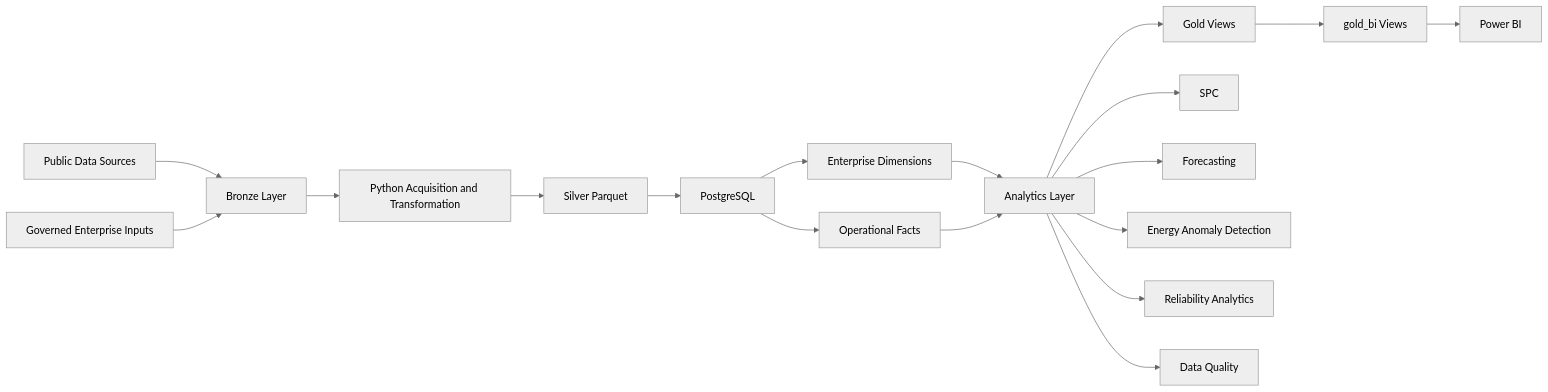
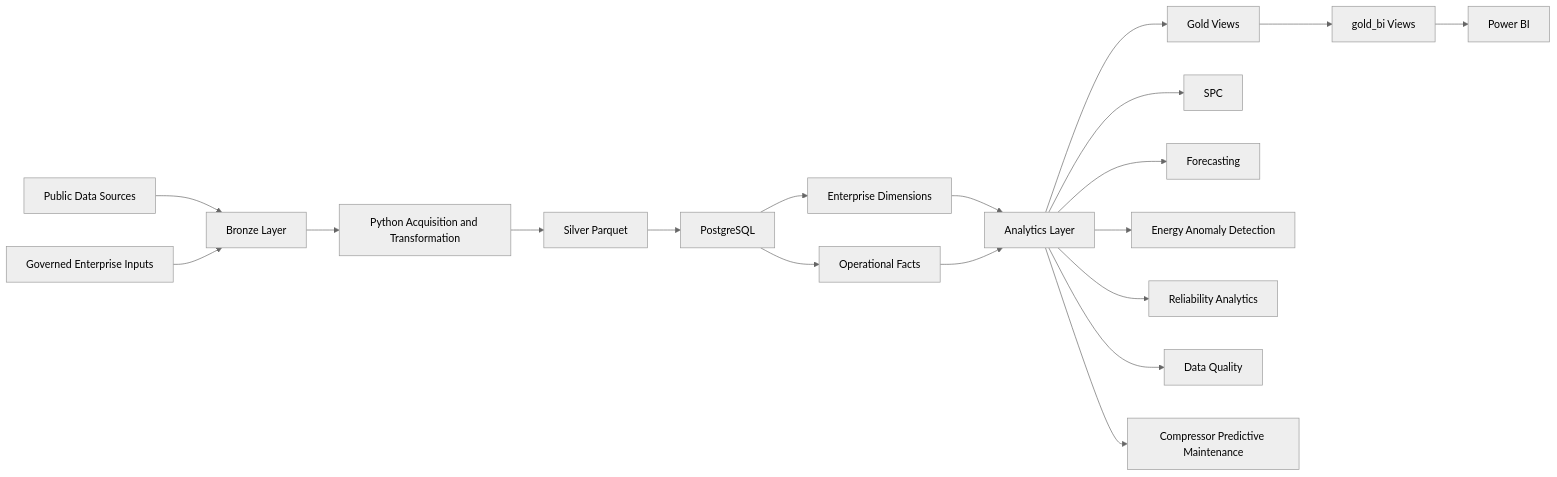
The first of 3 diagrams in docs/architecture/platform_architecture.md (kwesiamoh/manufacturing-intelligence-platform), drawn with Mermaid (neutral theme) before and after one commit. The commit also changed other lines of this file and 43 other files, not shown here.

Commit message:
Integrate predictive maintenance and telemetry data quality

````diff
--- a/docs/architecture/platform_architecture.md
+++ b/docs/architecture/platform_architecture.md
@@ -15,20 +15,21 @@
 ```mermaid
 flowchart LR
     A[Public Data Sources] --> B[Bronze Layer]
     C[Governed Enterprise Inputs] --> B
     B --> D[Python Acquisition and Transformation]
     D --> E[Silver Parquet]
     E --> F[PostgreSQL]
     F --> G[Enterprise Dimensions]
     F --> H[Operational Facts]
     G --> I[Analytics Layer]
     H --> I
     I --> J[Gold Views]
     J --> K[gold_bi Views]
     K --> L[Power BI]
     I --> M[SPC]
     I --> N[Forecasting]
     I --> O[Energy Anomaly Detection]
     I --> P[Reliability Analytics]
     I --> Q[Data Quality]
+    I --> R[Compressor Predictive Maintenance]
 ```
````
